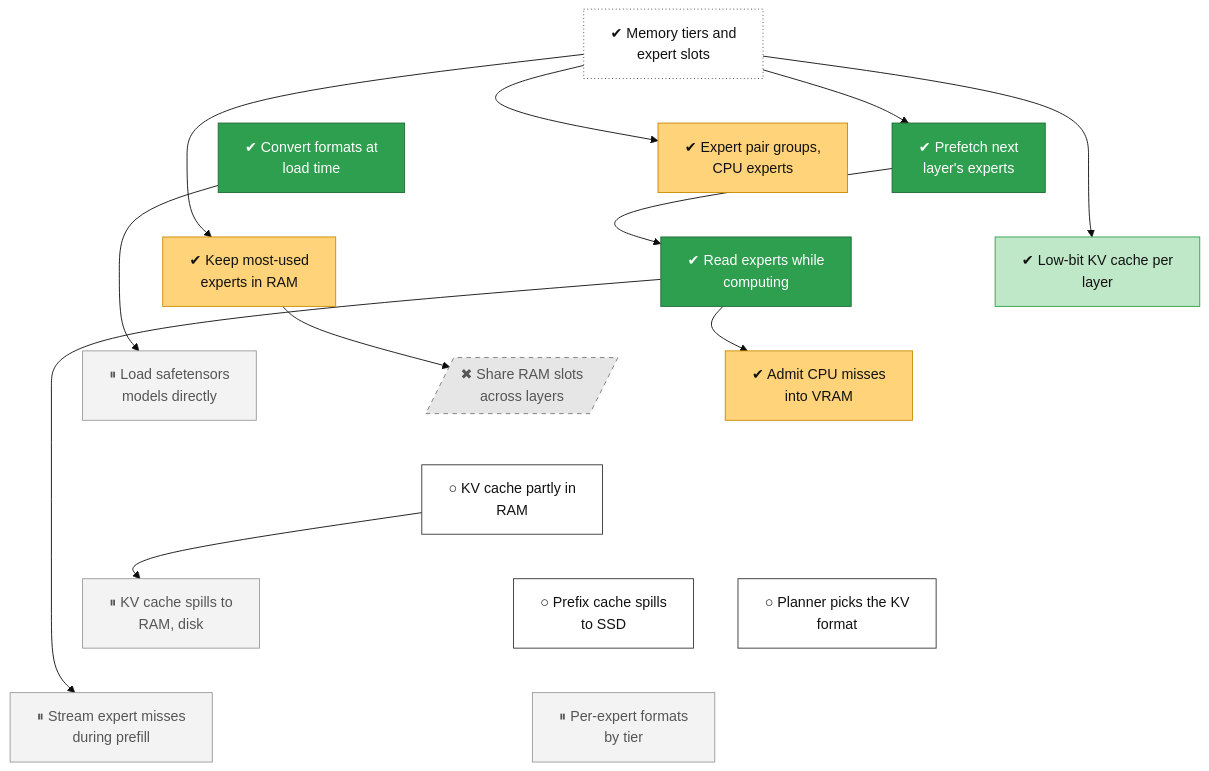
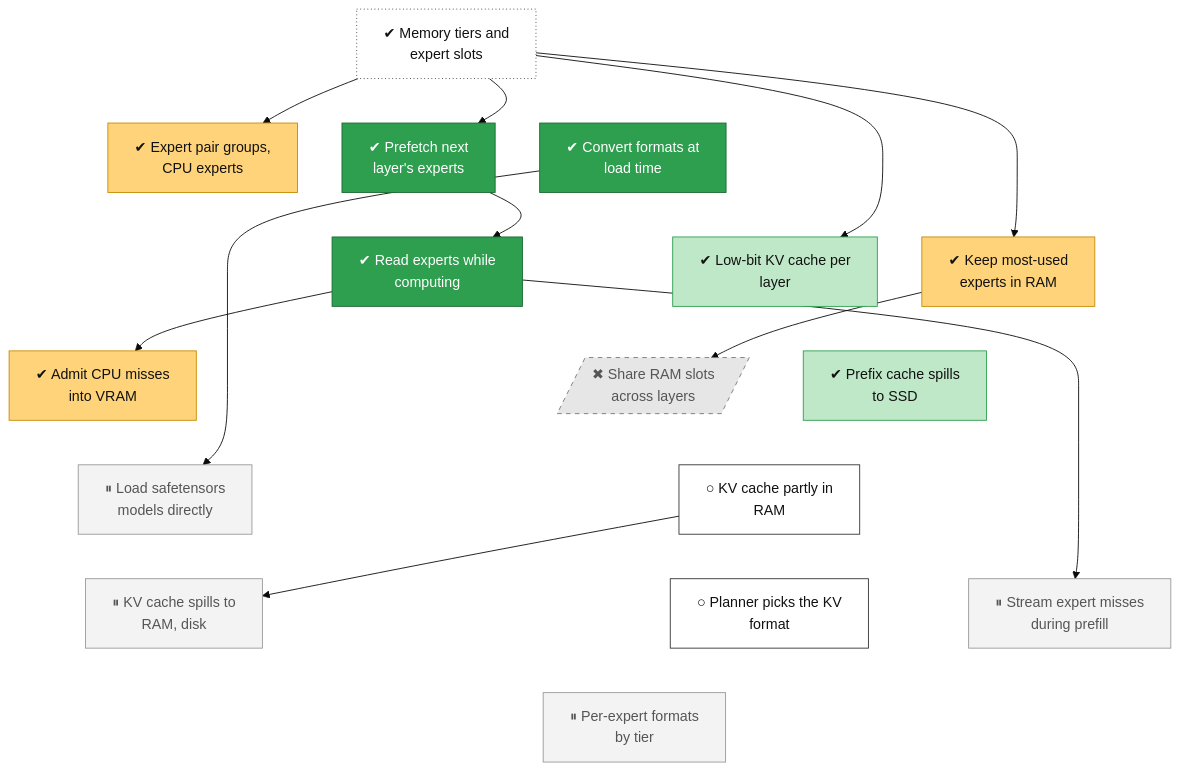
One commit to lhns/tetraeder changed the diagram in docs/roadmap/tracks/memory.md. Above: the diagram before and after it, drawn with Mermaid (base theme). The commit also changed other lines of this file and 3 other files, not shown here.

Commit message:
Tree: memory-prefix-ssd done, CI run 45091422684 green on Linux and Windows (after M2, ADR 0085 class 1; not measured)

````diff
--- a/docs/roadmap/tracks/memory.md
+++ b/docs/roadmap/tracks/memory.md
@@ -10,68 +10,68 @@
 ```mermaid
 flowchart TB
     memory_tiers["✔ Memory tiers and<br/>expert slots"]
     memory_pair_groups["✔ Expert pair groups,<br/>CPU experts"]
     memory_prefetch["✔ Prefetch next<br/>layer's experts"]
     memory_conversion["✔ Convert formats at<br/>load time"]
     memory_io_service["✔ Read experts while<br/>computing"]
     memory_low_bit_kv["✔ Low-bit KV cache per<br/>layer"]
     memory_ram_freq["✔ Keep most-used<br/>experts in RAM"]
     memory_adaptive_tier["✔ Admit CPU misses<br/>into VRAM"]
     memory_ram_pool[/"✖ Share RAM slots<br/>across layers"/]
+    memory_prefix_ssd["✔ Prefix cache spills<br/>to SSD"]
     memory_safetensors["⏸ Load safetensors<br/>models directly"]
     memory_kv_host["○ KV cache partly in<br/>RAM"]
     memory_kv_tiers["⏸ KV cache spills to<br/>RAM, disk"]
     memory_kv_auto["○ Planner picks the KV<br/>format"]
-    memory_prefix_ssd["○ Prefix cache spills<br/>to SSD"]
     memory_prefill_misses["⏸ Stream expert misses<br/>during prefill"]
     memory_typed_slots["⏸ Per-expert formats<br/>by tier"]
     memory_tiers ~~~ memory_pair_groups
     memory_tiers ~~~ memory_prefetch
     memory_tiers ~~~ memory_conversion
     memory_pair_groups ~~~ memory_io_service
     memory_prefetch ~~~ memory_low_bit_kv
     memory_conversion ~~~ memory_ram_freq
     memory_io_service ~~~ memory_adaptive_tier
     memory_low_bit_kv ~~~ memory_ram_pool
-    memory_ram_freq ~~~ memory_safetensors
-    memory_adaptive_tier ~~~ memory_kv_host
+    memory_ram_freq ~~~ memory_prefix_ssd
+    memory_adaptive_tier ~~~ memory_safetensors
     memory_ram_pool ~~~ memory_kv_host
-    memory_safetensors ~~~ memory_kv_host
-    memory_kv_host ~~~ memory_kv_tiers
+    memory_prefix_ssd ~~~ memory_kv_host
+    memory_safetensors ~~~ memory_kv_tiers
     memory_kv_host ~~~ memory_kv_auto
-    memory_kv_host ~~~ memory_prefix_ssd
-    memory_kv_tiers ~~~ memory_prefill_misses
+    memory_kv_host ~~~ memory_prefill_misses
+    memory_kv_tiers ~~~ memory_typed_slots
     memory_kv_auto ~~~ memory_typed_slots
-    memory_prefix_ssd ~~~ memory_typed_slots
+    memory_prefill_misses ~~~ memory_typed_slots
     memory_tiers --> memory_pair_groups
     memory_tiers --> memory_prefetch
     memory_prefetch --> memory_io_service
     memory_tiers --> memory_low_bit_kv
     memory_tiers --> memory_ram_freq
     memory_io_service --> memory_adaptive_tier
     memory_ram_freq --> memory_ram_pool
     memory_conversion --> memory_safetensors
     memory_kv_host --> memory_kv_tiers
     memory_io_service --> memory_prefill_misses
     classDef vsucc fill:#2e9e4f,stroke:#1b6b34,color:#fff
     classDef succ fill:#bfe8c8,stroke:#2e9e4f,color:#111
     classDef mixed fill:#ffd37a,stroke:#c98a00,color:#111
     classDef bad fill:#f28b82,stroke:#b3261e,color:#111
     classDef dead fill:#e6e6e6,stroke:#777,stroke-dasharray:5 5,color:#555
     classDef inprog fill:#a8cdf5,stroke:#1f6fc5,color:#111
     classDef next fill:#fff,stroke:#333,color:#111
     classDef blocked fill:#fff,stroke:#b3261e,stroke-dasharray:2 2,color:#111
     classDef parked fill:#f3f3f3,stroke:#999,color:#555
     classDef unrated fill:#fff,stroke:#333,stroke-dasharray:1 3,color:#111
     classDef gate fill:#d9c2f0,stroke:#7b3fb5,color:#111
     classDef decided fill:#ece0f7,stroke:#7b3fb5,stroke-dasharray:2 2,color:#111
     classDef finding fill:#ffe0b2,stroke:#d84315,stroke-width:2px,color:#111
     classDef waiting fill:#e3f2fd,stroke:#1f6fc5,stroke-dasharray:5 5,color:#111
     class memory_tiers unrated
     class memory_pair_groups,memory_ram_freq,memory_adaptive_tier mixed
     class memory_prefetch,memory_conversion,memory_io_service vsucc
-    class memory_low_bit_kv succ
+    class memory_low_bit_kv,memory_prefix_ssd succ
     class memory_ram_pool dead
     class memory_safetensors,memory_kv_tiers,memory_prefill_misses,memory_typed_slots parked
-    class memory_kv_host,memory_kv_auto,memory_prefix_ssd next
+    class memory_kv_host,memory_kv_auto next
 ```
````
